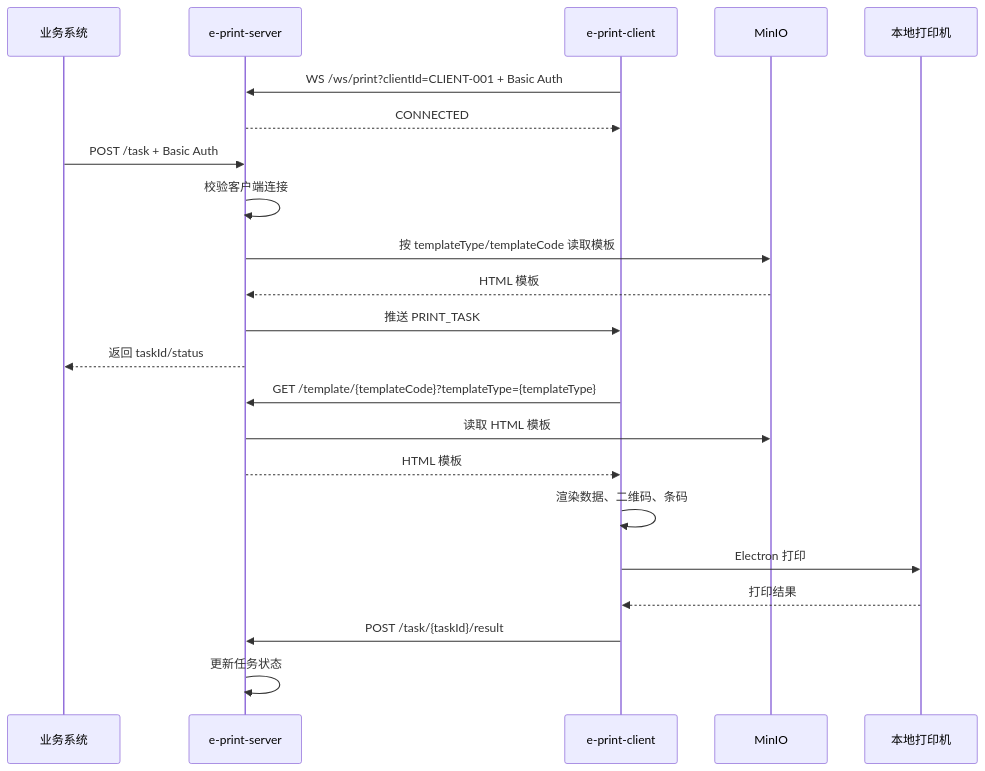
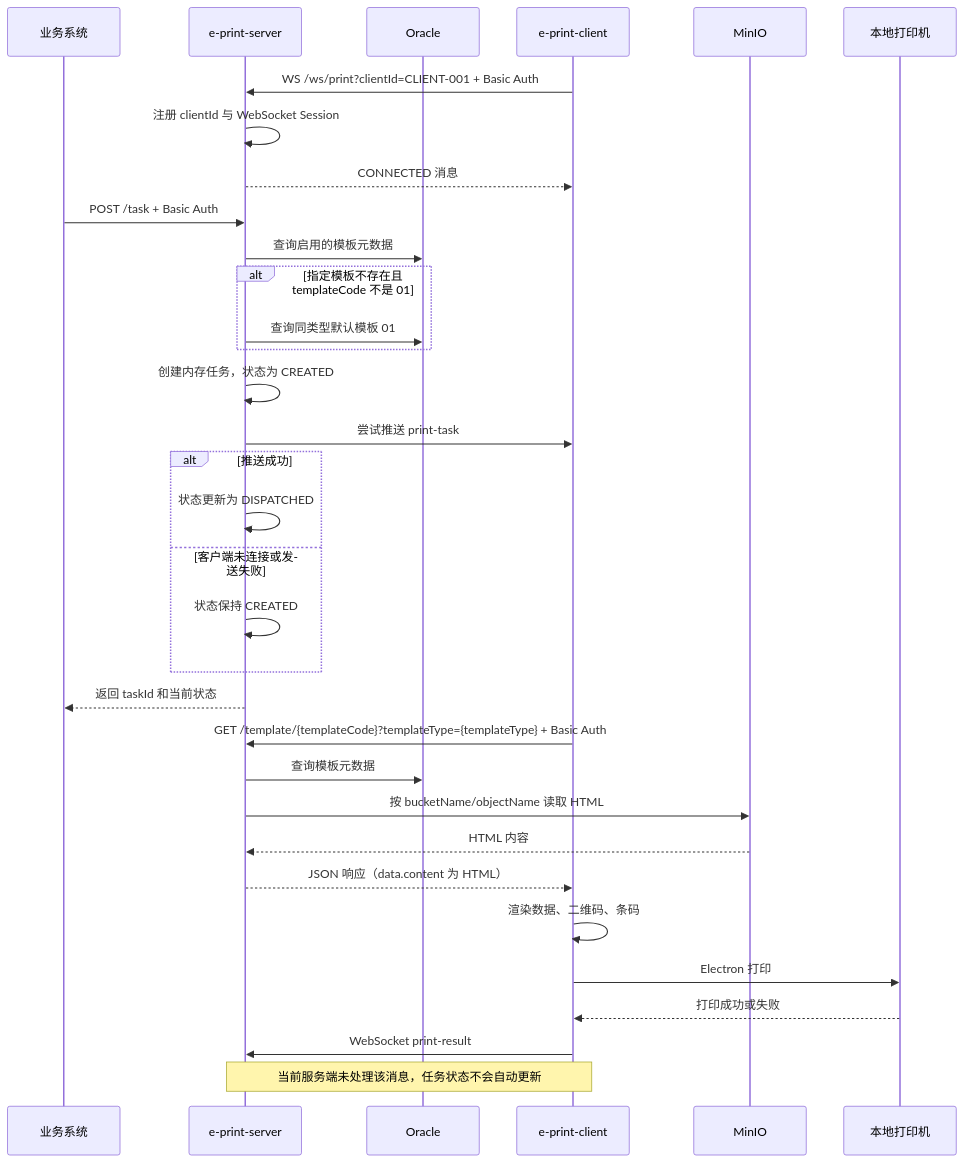
The diagram in README.md (RicoFung/e-print), drawn with Mermaid before and after one commit. The commit also changed other lines of this file and 5 other files, not shown here.

````diff
--- a/README.md
+++ b/README.md
@@ -41,27 +48,38 @@
 ```mermaid
 sequenceDiagram
     participant Biz as 业务系统
     participant Server as e-print-server
+    participant DB as Oracle
     participant Client as e-print-client
     participant MinIO as MinIO
     participant Printer as 本地打印机
 
     Client->>Server: WS /ws/print?clientId=CLIENT-001 + Basic Auth
-    Server-->>Client: CONNECTED
+    Server->>Server: 注册 clientId 与 WebSocket Session
+    Server-->>Client: CONNECTED 消息
 
     Biz->>Server: POST /task + Basic Auth
-    Server->>Server: 校验客户端连接
-    Server->>MinIO: 按 templateType/templateCode 读取模板
-    MinIO-->>Server: HTML 模板
-    Server->>Client: 推送 PRINT_TASK
-    Server-->>Biz: 返回 taskId/status
+    Server->>DB: 查询启用的模板元数据
+    alt 指定模板不存在且 templateCode 不是 01
+        Server->>DB: 查询同类型默认模板 01
+    end
+    Server->>Server: 创建内存任务，状态为 CREATED
+    Server->>Client: 尝试推送 print-task
+    alt 推送成功
+        Server->>Server: 状态更新为 DISPATCHED
+    else 客户端未连接或发送失败
+        Server->>Server: 状态保持 CREATED
+    end
+    Server-->>Biz: 返回 taskId 和当前状态
 
-    Client->>Server: GET /template/{templateCode}?templateType={templateType}
-    Server->>MinIO: 读取 HTML 模板
-    Server-->>Client: HTML 模板
+    Client->>Server: GET /template/{templateCode}?templateType={templateType} + Basic Auth
+    Server->>DB: 查询模板元数据
+    Server->>MinIO: 按 bucketName/objectName 读取 HTML
+    MinIO-->>Server: HTML 内容
+    Server-->>Client: JSON 响应（data.content 为 HTML）
     Client->>Client: 渲染数据、二维码、条码
     Client->>Printer: Electron 打印
-    Printer-->>Client: 打印结果
-    Client->>Server: POST /task/{taskId}/result
-    Server->>Server: 更新任务状态
+    Printer-->>Client: 打印成功或失败
+    Client->>Server: WebSocket print-result
+    Note over Client,Server: 当前服务端未处理该消息，任务状态不会自动更新
 ```
````
